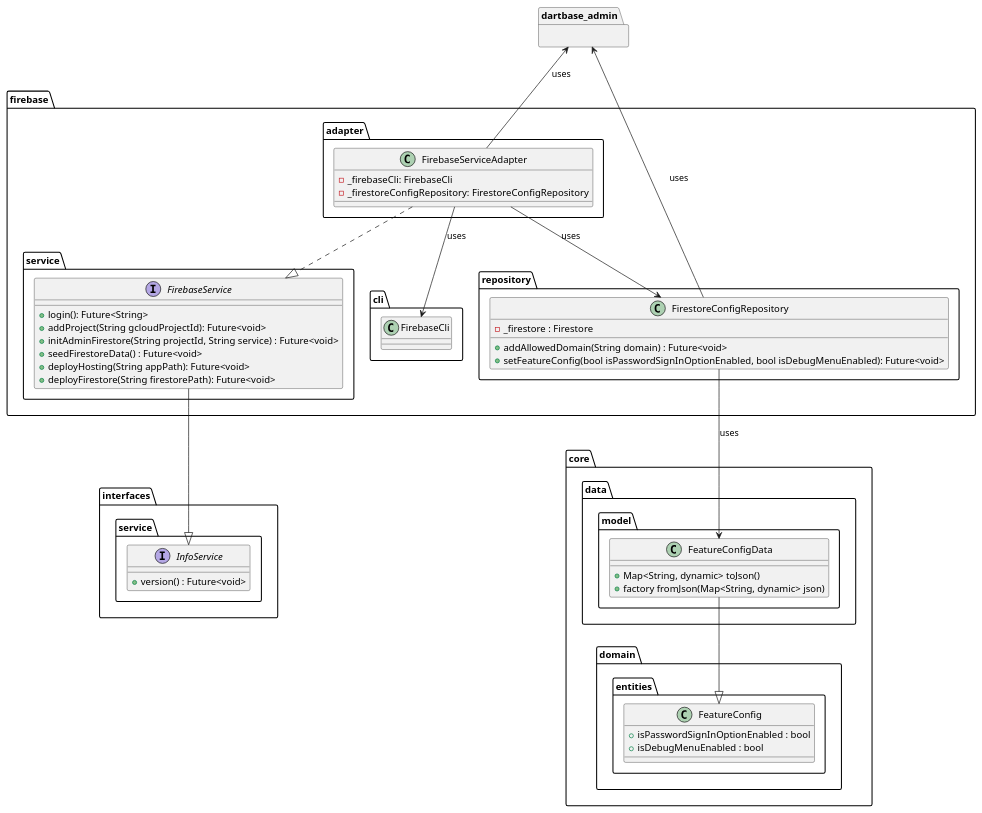
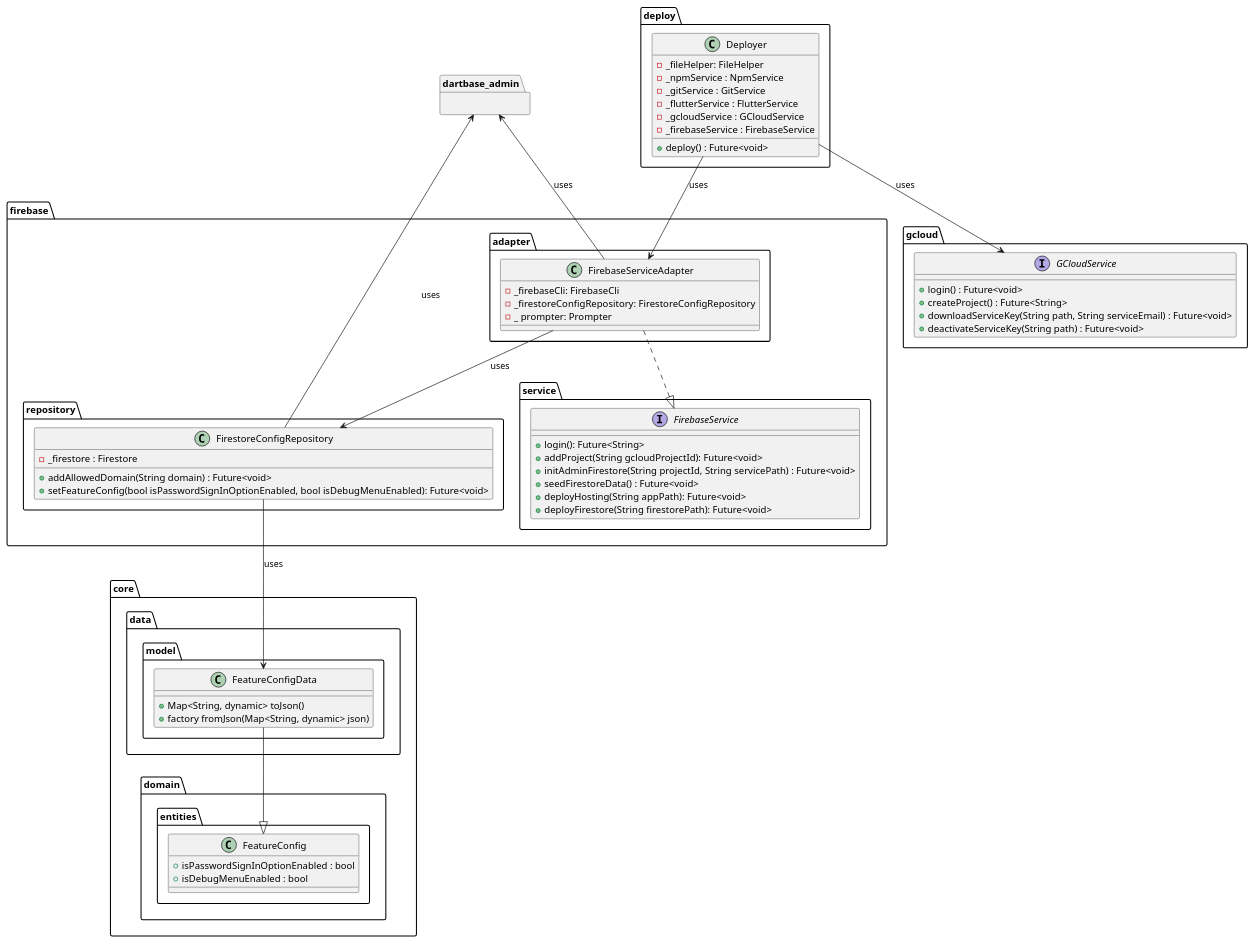
The diagram in metrics/cli/docs/diagrams/managing_firestore_data_class_diagram.puml (Flank/flank-dashboard), drawn with PlantUML before and after one commit. The commit also changed 1 other file, not shown here.

```diff
--- a/metrics/cli/docs/diagrams/managing_firestore_data_class_diagram.puml
+++ b/metrics/cli/docs/diagrams/managing_firestore_data_class_diagram.puml
@@ -1,74 +1,83 @@
 @startuml firestore_managing_data_class_diagram
+
+package deploy {
+    class Deployer {
+        - _fileHelper: FileHelper
+        - _npmService : NpmService
+        - _gitService : GitService
+        - _flutterService : FlutterService
+        - _gcloudService : GCloudService
+        - _firebaseService : FirebaseService
+        + deploy() : Future<void>
+    }
+}
 
 package firebase {
     package service as firebase.service {
         interface FirebaseService {
             + login(): Future<String>
             + addProject(String gcloudProjectId): Future<void>
-            + initAdminFirestore(String projectId, String service) : Future<void>
+            + initAdminFirestore(String projectId, String servicePath) : Future<void>
             + seedFirestoreData() : Future<void>
             + deployHosting(String appPath): Future<void>
             + deployFirestore(String firestorePath): Future<void>
         }
     }
 
     package adapter as firebase.adapter {
         class FirebaseServiceAdapter {
             - _firebaseCli: FirebaseCli
             - _firestoreConfigRepository: FirestoreConfigRepository
-        }
-    }
-
-    package cli as firebase.cli {
-        class FirebaseCli {
+            - _ prompter: Prompter
         }
     }
 
     package repository as firebase.repository {
         class FirestoreConfigRepository {
             - _firestore : Firestore
             + addAllowedDomain(String domain) : Future<void>
             + setFeatureConfig(bool isPasswordSignInOptionEnabled, bool isDebugMenuEnabled): Future<void>
-        }
-    }
-}
-
-package interfaces {
-    package service {
-        interface InfoService {
-            + version() : Future<void>
         }
     }
 }
 
 package core {
     package data.model {
         class FeatureConfigData {
             + Map<String, dynamic> toJson()
             + factory fromJson(Map<String, dynamic> json)
         }
     }
 
     package domain.entities {
         class FeatureConfig {
             + isPasswordSignInOptionEnabled : bool
             + isDebugMenuEnabled : bool
         }
     }
 }
 
-package dartbase_admin {
+package dartbase_admin {}
+
+package gcloud {
+    interface GCloudService {
+        + login() : Future<void>
+        + createProject() : Future<String>
+        + downloadServiceKey(String path, String serviceEmail) : Future<void>
+        + deactivateServiceKey(String path) : Future<void>
+    }
 }
 
-FirebaseService --|> InfoService
+Deployer --> FirebaseServiceAdapter : uses
+Deployer --> GCloudService : uses
+
 FeatureConfigData --|> FeatureConfig
 
 FirebaseServiceAdapter ..|> FirebaseService
-FirebaseServiceAdapter --> FirebaseCli : uses
 FirebaseServiceAdapter --> FirestoreConfigRepository : uses
 FirebaseServiceAdapter -up-> dartbase_admin : uses
 
 FirestoreConfigRepository -up-> dartbase_admin : uses
 FirestoreConfigRepository --> FeatureConfigData : uses
 
 @enduml
```
